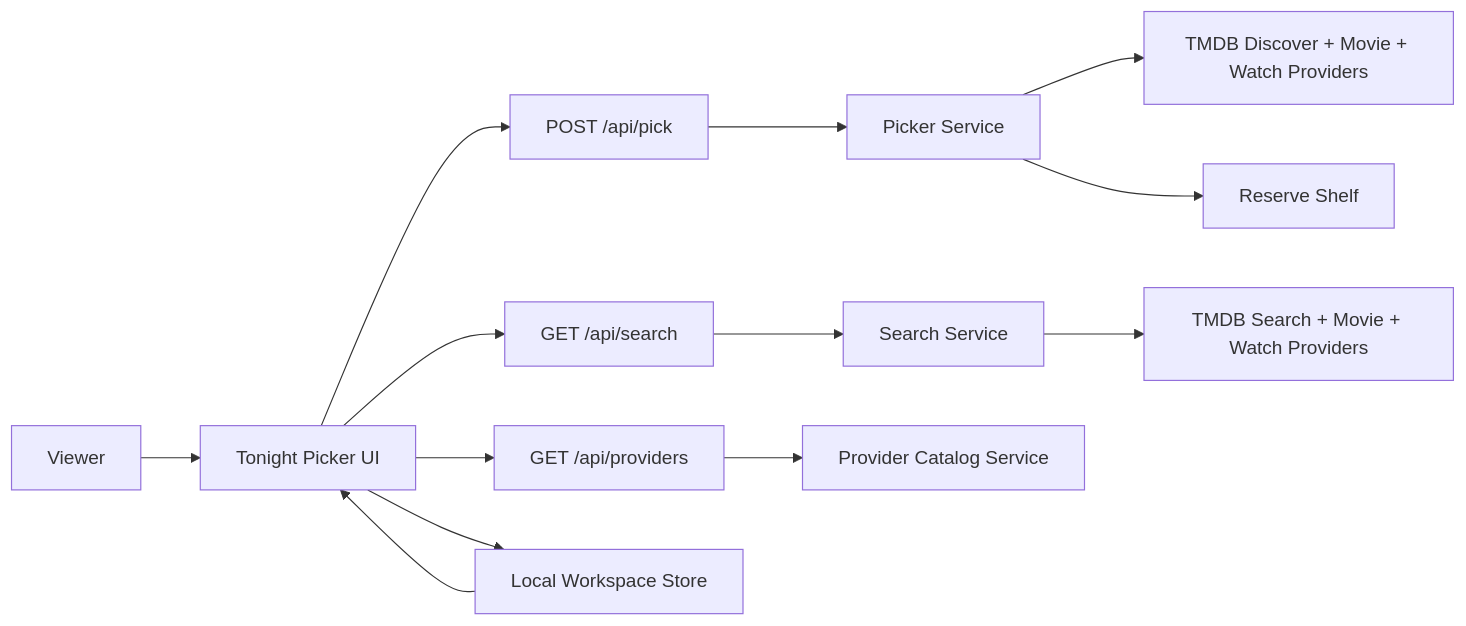
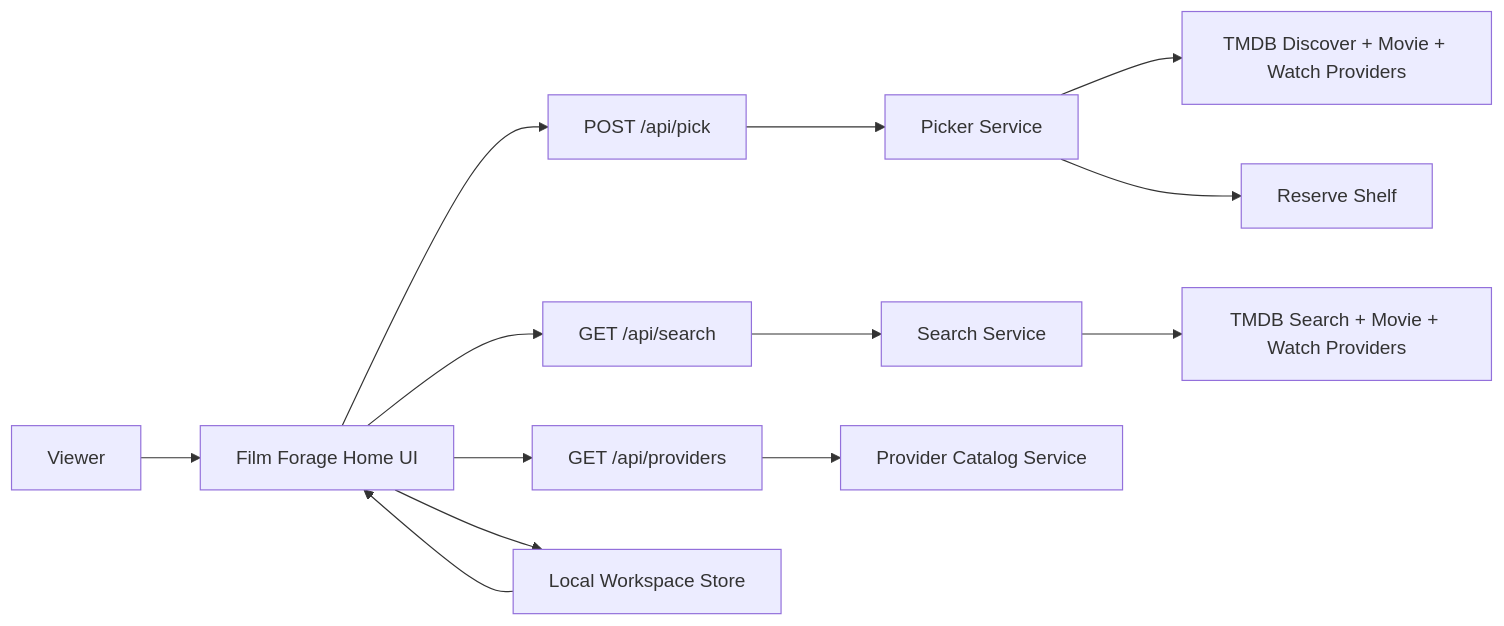
One commit to AibSyed/film-forage changed the diagram in README.md. Above: the diagram before and after it, drawn with Mermaid. The commit also changed other lines of this file and 33 other files, not shown here.

Commit message:
refine film forage product UX (#34)

````diff
--- a/README.md
+++ b/README.md
@@ -22,15 +22,15 @@
 ```mermaid
 flowchart LR
-  U["Viewer"] --> UI["Tonight Picker UI"]
+  U["Viewer"] --> UI["Film Forage Home UI"]
   UI --> RH1["POST /api/pick"]
   UI --> RH2["GET /api/search"]
   UI --> RH3["GET /api/providers"]
   RH1 --> PICK["Picker Service"]
   RH2 --> SEARCH["Search Service"]
   RH3 --> PROV["Provider Catalog Service"]
   PICK --> TMDB1["TMDB Discover + Movie + Watch Providers"]
   SEARCH --> TMDB2["TMDB Search + Movie + Watch Providers"]
   UI --> LS["Local Workspace Store"]
   LS --> UI
   PICK --> RES["Reserve Shelf"]
 ```
````
